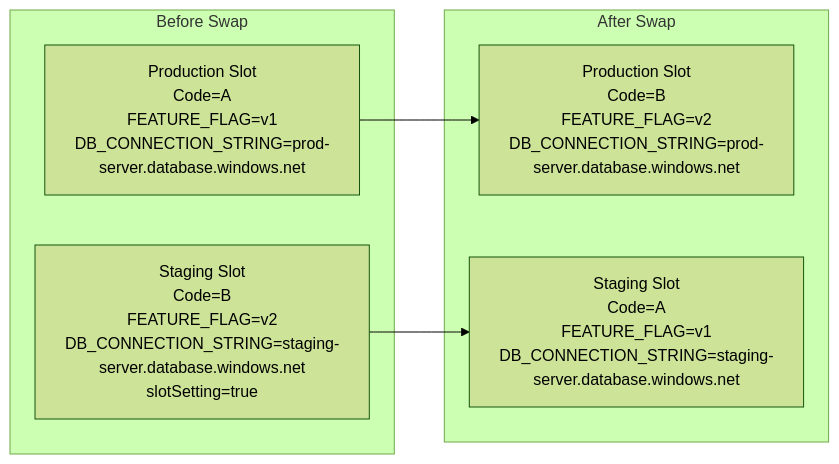
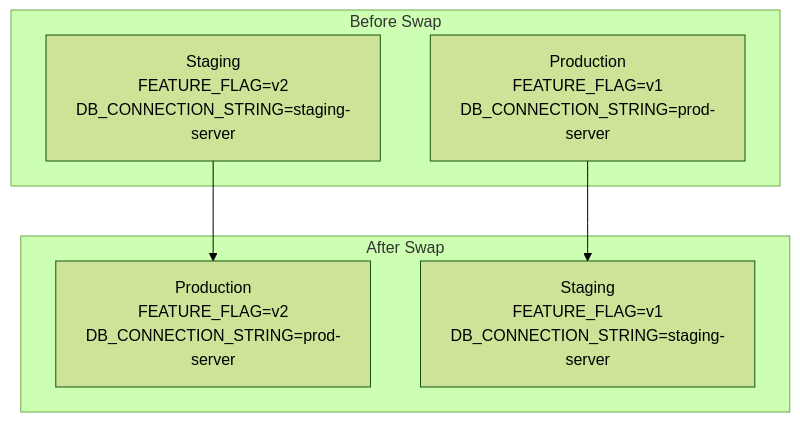
Before and after one commit to yeongseon/azure-app-service-practical-guide: the third of 5 diagrams in docs/troubleshooting/lab-guides/slot-swap-config-drift.md, drawn with Mermaid (forest theme). The commit also changed other lines of this file and 327 other files, not shown here.

````diff
--- a/docs/troubleshooting/lab-guides/slot-swap-config-drift.md
+++ b/docs/troubleshooting/lab-guides/slot-swap-config-drift.md
@@ -21,15 +120,15 @@
 ```mermaid
-flowchart LR
-    subgraph Before Swap
-        P1[Production Slot\nCode=A\nFEATURE_FLAG=v1\nDB_CONNECTION_STRING=prod-server.database.windows.net]
-        S1[Staging Slot\nCode=B\nFEATURE_FLAG=v2\nDB_CONNECTION_STRING=staging-server.database.windows.net\nslotSetting=true]
+flowchart TB
+    subgraph BeforeSwap[Before Swap]
+        P1[Production\nFEATURE_FLAG=v1\nDB_CONNECTION_STRING=prod-server]
+        S1[Staging\nFEATURE_FLAG=v2\nDB_CONNECTION_STRING=staging-server]
     end
 
-    subgraph After Swap
-        P2[Production Slot\nCode=B\nFEATURE_FLAG=v2\nDB_CONNECTION_STRING=prod-server.database.windows.net]
-        S2[Staging Slot\nCode=A\nFEATURE_FLAG=v1\nDB_CONNECTION_STRING=staging-server.database.windows.net]
+    subgraph AfterSwap[After Swap]
+        P2[Production\nFEATURE_FLAG=v2\nDB_CONNECTION_STRING=prod-server]
+        S2[Staging\nFEATURE_FLAG=v1\nDB_CONNECTION_STRING=staging-server]
     end
 
-    P1 --> P2
-    S1 --> S2
+    P1 --> S2
+    S1 --> P2
 ```
````
